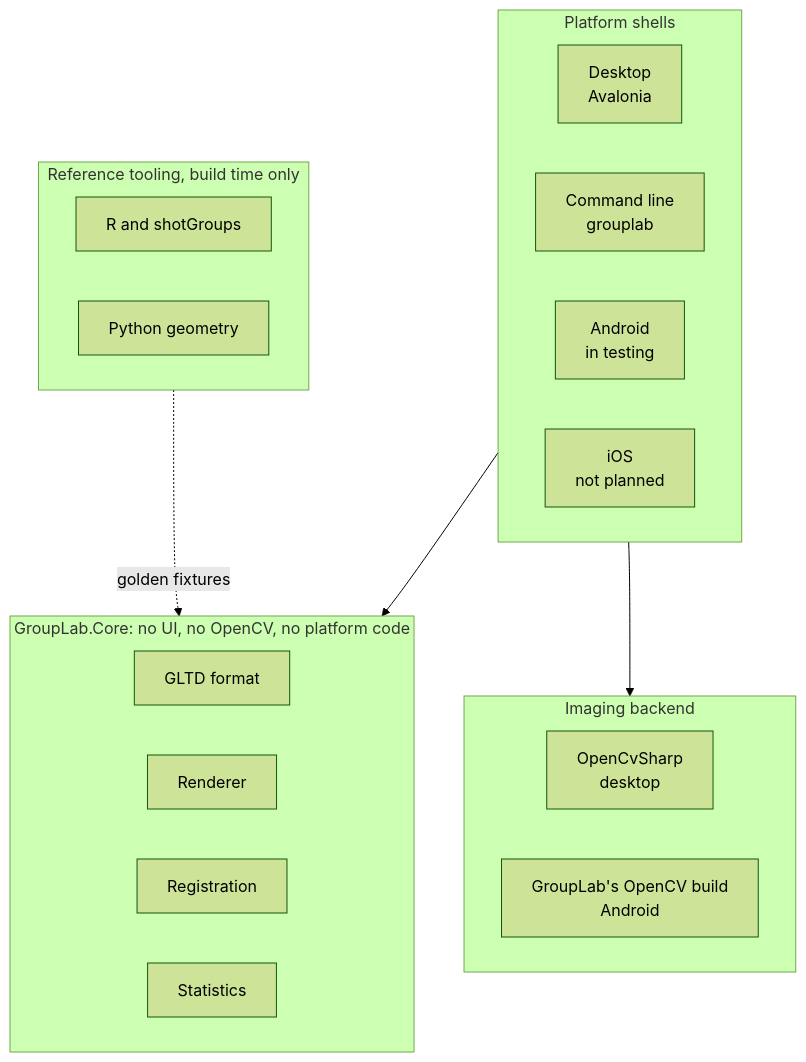
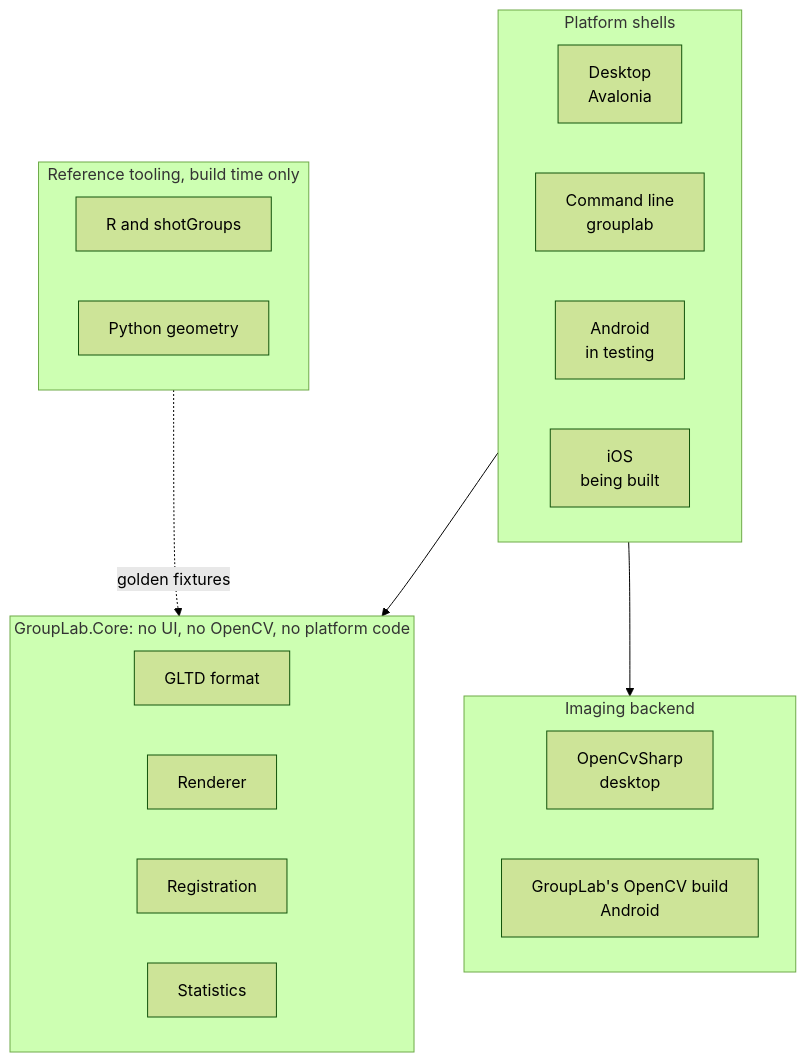
One commit to oRAirwolf/grouplab changed the second of 2 diagrams in README.md. Above: the diagram before and after it, drawn with Mermaid (forest theme). The commit also changed other lines of this file and 102 other files, not shown here.

````diff
--- a/README.md
+++ b/README.md
@@ -559,34 +559,34 @@
 ```mermaid
 flowchart TB
     subgraph shells["Platform shells"]
         direction LR
         APP["Desktop<br/>Avalonia"]
         CLI["Command line<br/>grouplab"]
         AND["Android<br/>in testing"]
-        IOS["iOS<br/>not planned"]
+        IOS["iOS<br/>being built"]
     end
 
     subgraph img["Imaging backend"]
         direction LR
         CV["OpenCvSharp<br/>desktop"]
         AT["GroupLab's OpenCV build<br/>Android"]
     end
 
     subgraph core["GroupLab.Core: no UI, no OpenCV, no platform code"]
         direction LR
         FMT["GLTD format"]
         REN["Renderer"]
         REG["Registration"]
         STAT["Statistics"]
     end
 
     subgraph ref["Reference tooling, build time only"]
         direction LR
         RR["R and shotGroups"]
         PY["Python geometry"]
     end
 
     shells --> core
     shells --> img
     ref -.->|"golden fixtures"| core
 ```
````
